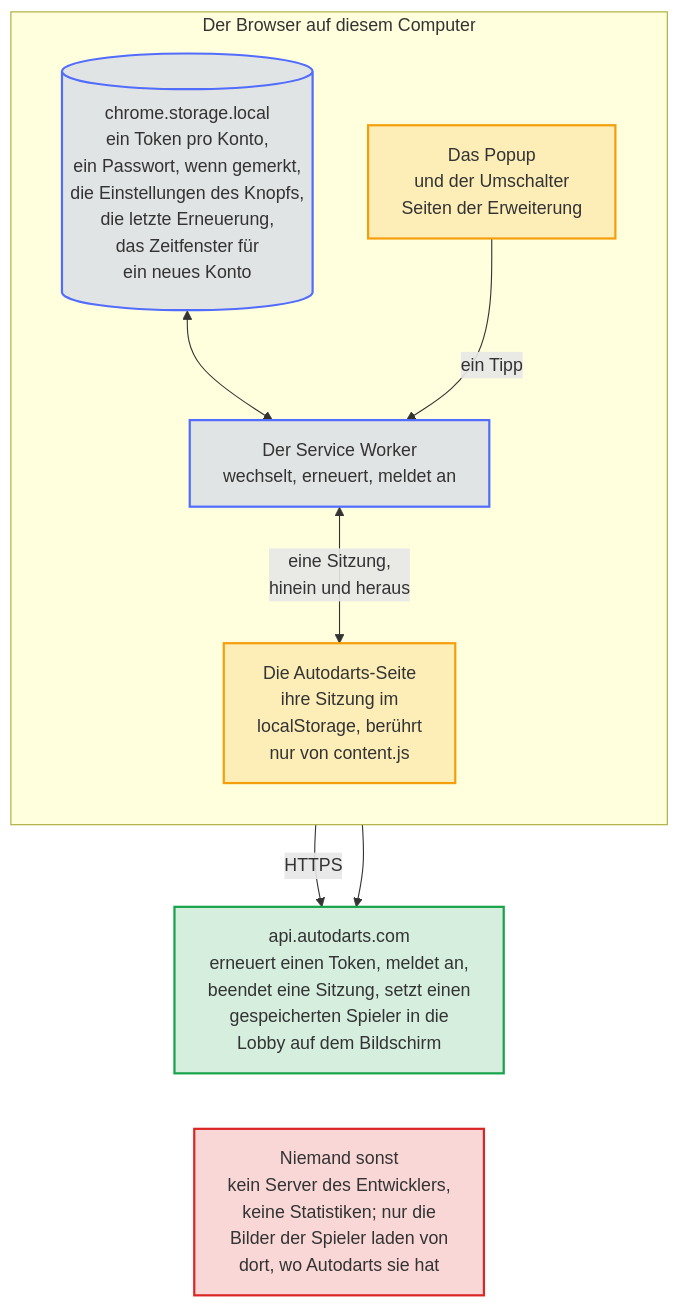
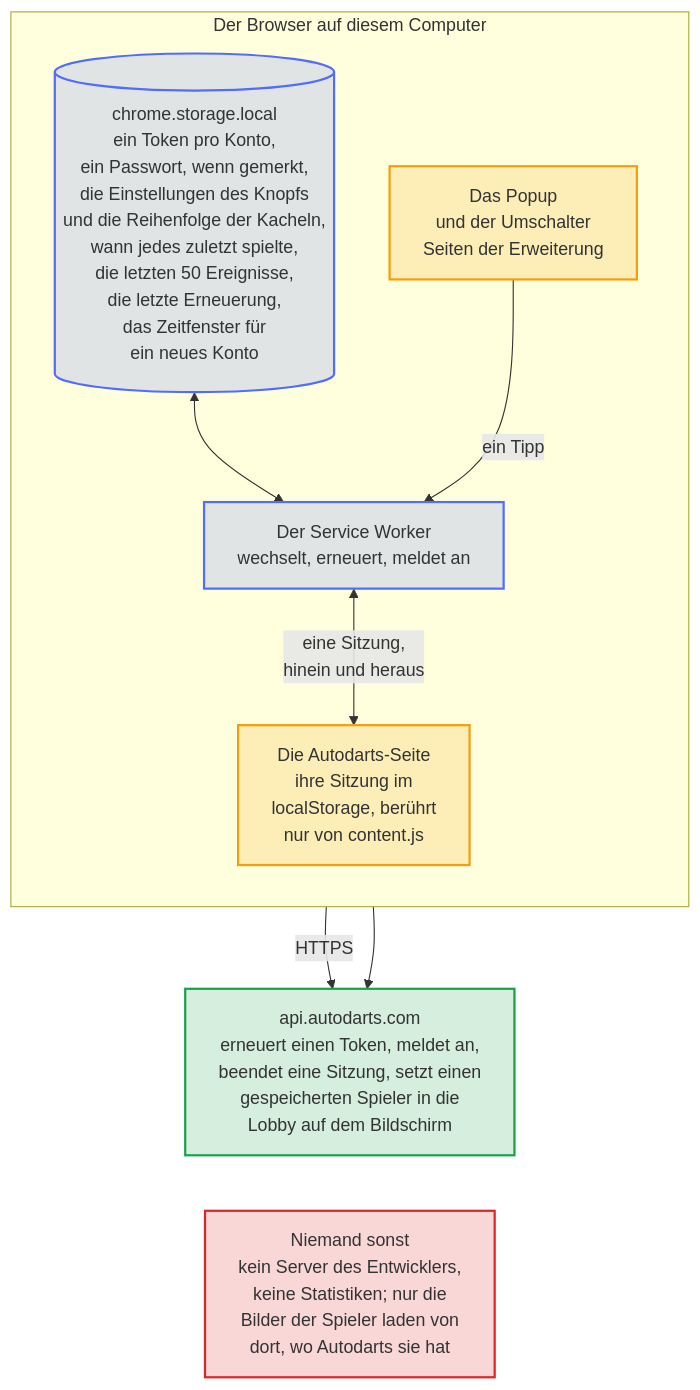
The diagram in docs/diagrams/data-flow.de.mmd (Dennis-Otto/player-switch-for-autodarts), drawn with Mermaid before and after one commit. The commit also changed 57 other files, not shown here.

```diff
--- a/docs/diagrams/data-flow.de.mmd
+++ b/docs/diagrams/data-flow.de.mmd
@@ -1,34 +1,34 @@
 ---
 config:
   flowchart:
     wrappingWidth: 400
 ---
 flowchart TB
     accTitle: Wohin die Daten gehen
-    accDescr: Alles bleibt im Browser auf diesem Computer. Das Popup und der Umschalter fragen den Service Worker, der in chrome.storage.local einen Token pro Konto behält, ein Passwort nur, wenn eines gemerkt ist, die Einstellungen des Knopfs, die Zeit der letzten Erneuerung, ob Autodarts dabei jedes Konto abgewiesen hat, und bis wann ein neues Konto hinzugefügt wird. Er bringt eine Sitzung in die Autodarts-Seite und liest die ausgehende nur über content.js aus ihr, das einzige Skript, das die Sitzung im localStorage der Seite liest oder schreibt. Um einen Token zu erneuern, mit einem Passwort anzumelden, eine Sitzung zu beenden oder einen gespeicherten Spieler in die Lobby auf dem Bildschirm zu setzen, mit einem frischen Token, dem Benutzernamen und der Konto-ID dieses Spielers, spricht er über HTTPS mit api.autodarts.com, demselben Dienst, den die Autodarts-Seite selbst nutzt. Das Popup und der Umschalter zeigen das Bild jedes Spielers von der Adresse, die Autodarts dafür angibt. Sonst geht nichts irgendwohin: kein Server des Entwicklers, keine Statistiken; Hilfe und Problem melden öffnen nur eine Seite in einem neuen Tab.
+    accDescr: Alles bleibt im Browser auf diesem Computer. Das Popup und der Umschalter fragen den Service Worker, der in chrome.storage.local einen Token pro Konto behält, ein Passwort nur, wenn eines gemerkt ist, die Einstellungen des Knopfs und die Reihenfolge der Kacheln, wann jedes Konto zuletzt gespielt hat, die letzten 50 Ereignisse der Erweiterung ohne einen Namen oder ein Geheimnis, die Zeit der letzten Erneuerung, ob Autodarts dabei jedes Konto abgewiesen hat, und bis wann ein neues Konto hinzugefügt wird. Er bringt eine Sitzung in die Autodarts-Seite und liest die ausgehende nur über content.js aus ihr, das einzige Skript, das die Sitzung im localStorage der Seite liest oder schreibt. Um einen Token zu erneuern, mit einem Passwort anzumelden, eine Sitzung zu beenden oder einen gespeicherten Spieler in die Lobby auf dem Bildschirm zu setzen, mit einem frischen Token, dem Benutzernamen und der Konto-ID dieses Spielers, spricht er über HTTPS mit api.autodarts.com, demselben Dienst, den die Autodarts-Seite selbst nutzt. Das Popup und der Umschalter zeigen das Bild jedes Spielers von der Adresse, die Autodarts dafür angibt. Sonst geht nichts irgendwohin: kein Server des Entwicklers, keine Statistiken; Hilfe und Problem melden öffnen nur eine Seite in einem neuen Tab.
 
     subgraph computer ["Der Browser auf diesem Computer"]
         direction TB
         ui["Das Popup<br>und der Umschalter<br>Seiten der Erweiterung"]
         worker["Der Service Worker<br>wechselt, erneuert, meldet an"]
-        storage[("chrome.storage.local<br>ein Token pro Konto,<br>ein Passwort, wenn gemerkt,<br>die Einstellungen des Knopfs,<br>die letzte Erneuerung,<br>das Zeitfenster für<br>ein neues Konto")]
+        storage[("chrome.storage.local<br>ein Token pro Konto,<br>ein Passwort, wenn gemerkt,<br>die Einstellungen des Knopfs<br>und die Reihenfolge der Kacheln,<br>wann jedes zuletzt spielte,<br>die letzten 50 Ereignisse,<br>die letzte Erneuerung,<br>das Zeitfenster für<br>ein neues Konto")]
         page["Die Autodarts-Seite<br>ihre Sitzung im<br>localStorage, berührt<br>nur von content.js"]
         storage <--> worker
         ui -- "ein Tipp" --> worker
         worker <-- "eine Sitzung,<br>hinein und heraus" --> page
     end
     api["api.autodarts.com<br>erneuert einen Token, meldet an,<br>beendet eine Sitzung, setzt einen<br>gespeicherten Spieler in die<br>Lobby auf dem Bildschirm"]
     nobody["Niemand sonst<br>kein Server des Entwicklers,<br>keine Statistiken; nur die<br>Bilder der Spieler laden von<br>dort, wo Autodarts sie hat"]
 
     worker -- "HTTPS" --> api
     page --> api
     api ~~~ nobody
 
     classDef bot fill:#526cfe2e,stroke:#526cfe,stroke-width:2px
     classDef done fill:#16a34a2e,stroke:#16a34a,stroke-width:2px
     classDef person fill:#f59e0b2e,stroke:#f59e0b,stroke-width:2px
     classDef failed fill:#dc26262e,stroke:#dc2626,stroke-width:2px
     class ui,page person
     class worker,storage bot
     class api done
     class nobody failed
```
